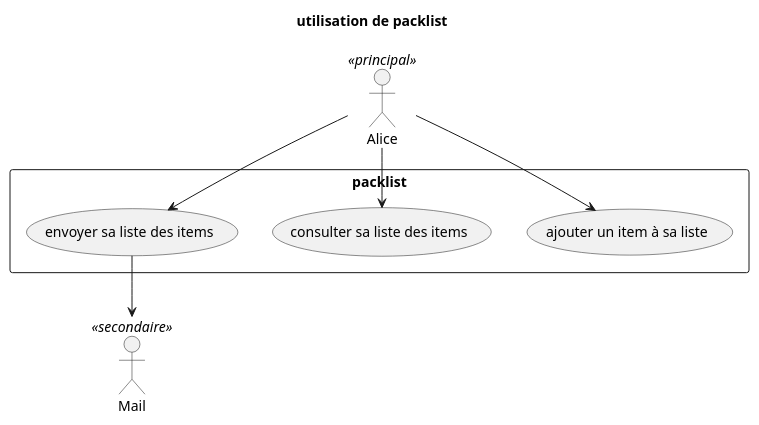
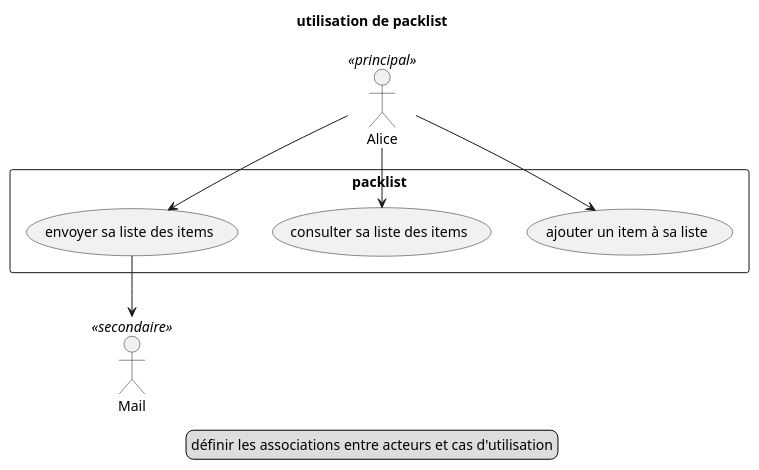
Before and after one commit to nbossard/plantuml_demo: the diagram in TP/Solutions/usecase_3.pu, drawn with PlantUML. The commit also changed 11 other files, not shown here.

Commit message:
Ajout de groupement et swimlane pour le cas d'utilisation

```diff
--- a/TP/Solutions/usecase_3.pu
+++ b/TP/Solutions/usecase_3.pu
@@ -1,16 +1,20 @@
 @startuml
     Title utilisation de packlist
 
     :Alice: <<principal>>
     :Mail: <<secondaire>>
     rectangle packlist {
         (ajouter un item à sa liste)
         (consulter sa liste des items)
         (envoyer sa liste des items)
 
         Alice --> (ajouter un item à sa liste)
         Alice --> (consulter sa liste des items)
         Alice --> (envoyer sa liste des items)
         (envoyer sa liste des items) --> :Mail:
     }
+
+    legend
+        définir les associations entre acteurs et cas d'utilisation
+    endlegend
 @enduml
```
